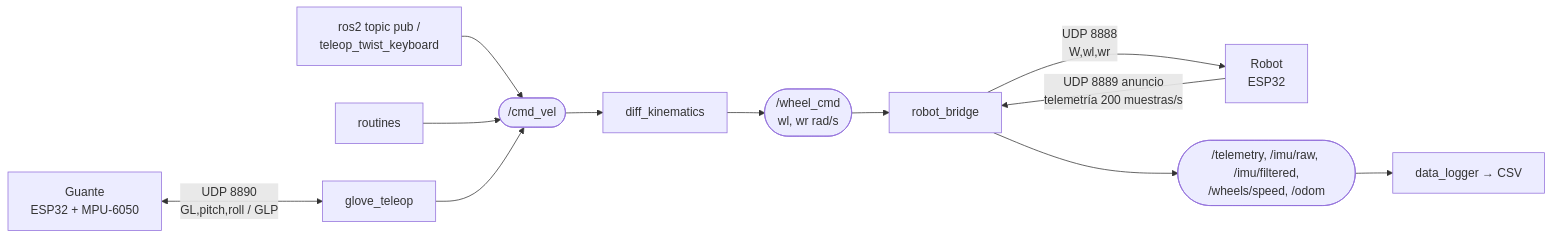
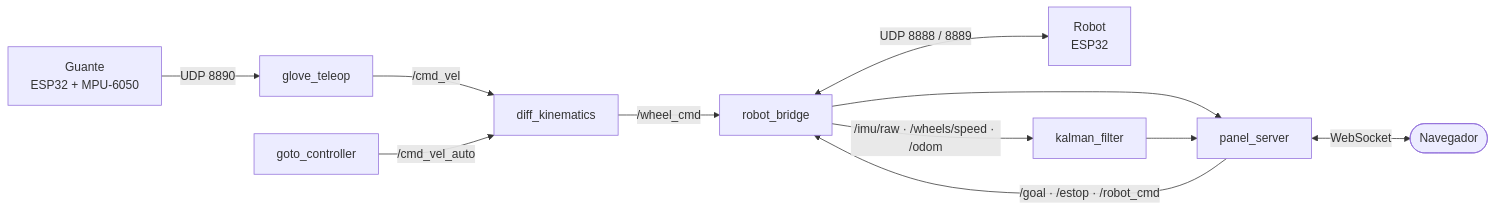
One commit to JuanVelandia78/minisumo changed the diagram in README.md. Above: the diagram before and after it, drawn with Mermaid. The commit also changed other lines of this file and 65 other files, not shown here.

First line of the commit message:
Versión final CAR-LOSS: PCB v11, Kalman, consola web, ir a punto y documentación

````diff
--- a/README.md
+++ b/README.md
@@ -13,14 +39,13 @@
 ```mermaid
 flowchart LR
-    G["Guante<br/>ESP32 + MPU-6050"] <-- "UDP 8890<br/>GL,pitch,roll / GLP" --> GT[glove_teleop]
-    T["ros2 topic pub /<br/>teleop_twist_keyboard"] --> CV(["/cmd_vel"])
-    RT[routines] --> CV
-    GT --> CV
-    CV --> DK[diff_kinematics]
-    DK --> WC(["/wheel_cmd<br/>wl, wr rad/s"])
-    WC --> RB[robot_bridge]
-    RB -- "UDP 8888<br/>W,wl,wr" --> R["Robot<br/>ESP32"]
-    R -- "UDP 8889 anuncio<br/>telemetría 200 muestras/s" --> RB
-    RB --> TL(["/telemetry, /imu/raw, /imu/filtered,<br/>/wheels/speed, /odom"])
-    TL --> DL[data_logger → CSV]
+    G["Guante<br/>ESP32 + MPU-6050"] -- "UDP 8890" --> GT[glove_teleop]
+    GT -- /cmd_vel --> DK[diff_kinematics]
+    GO[goto_controller] -- /cmd_vel_auto --> DK
+    DK -- /wheel_cmd --> RB[robot_bridge]
+    RB <-- "UDP 8888 / 8889" --> R["Robot<br/>ESP32"]
+    RB -- "/imu/raw · /wheels/speed · /odom" --> KF[kalman_filter]
+    RB --> PS[panel_server]
+    KF --> PS
+    PS -- "/goal · /estop · /robot_cmd" --> RB
+    PS <-- WebSocket --> W(["Navegador"])
 ```
````
